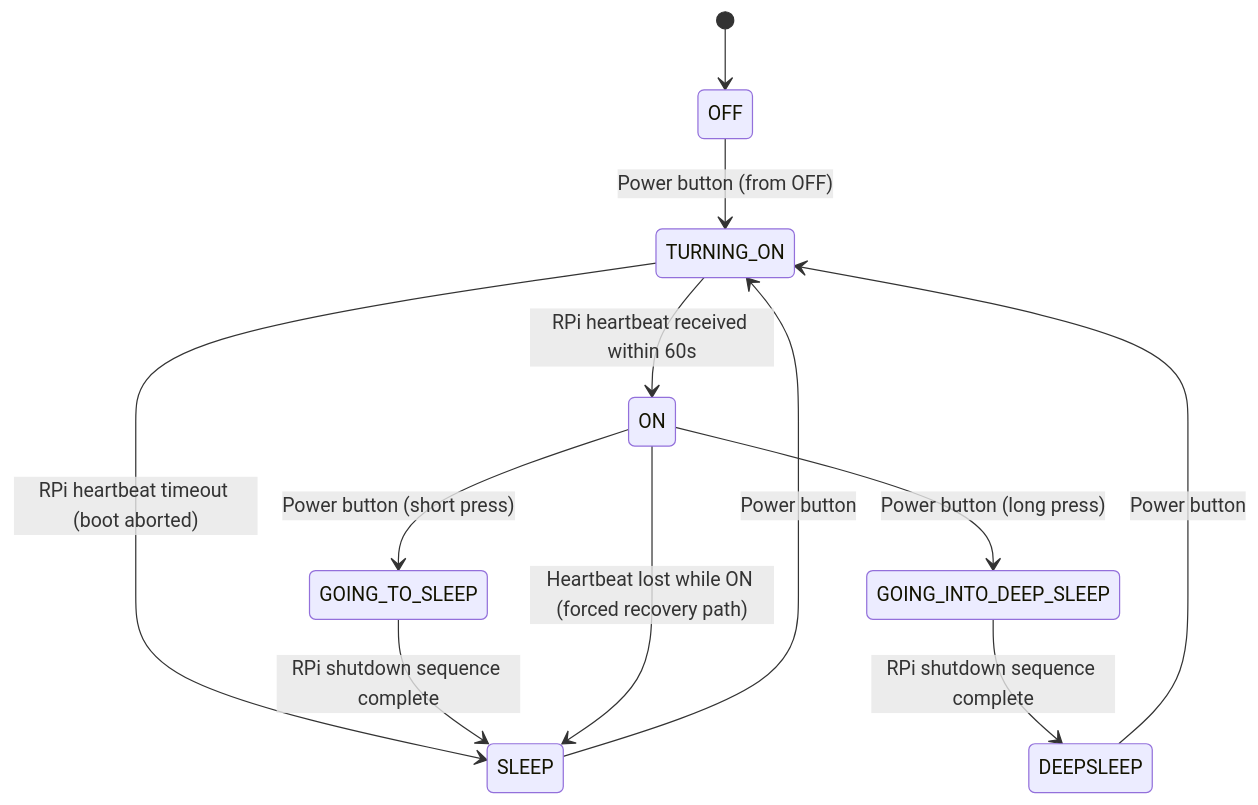
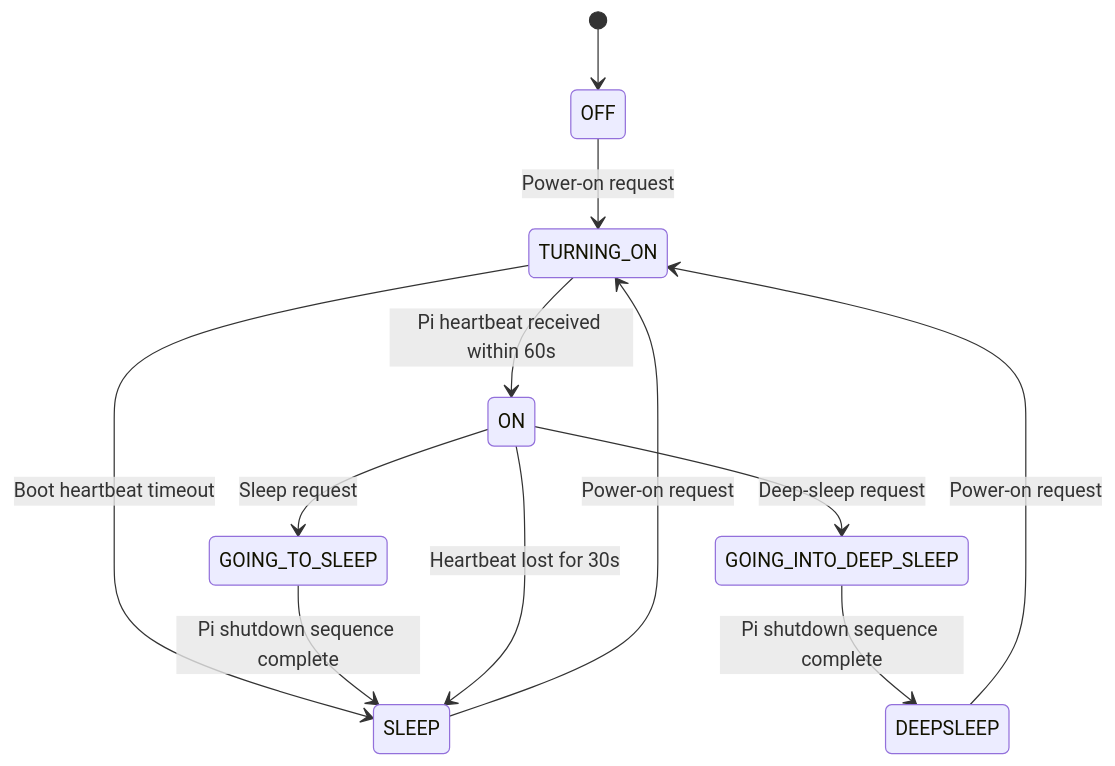
Before and after one commit to AnthonyLRoy/TinyControlBoard: the second of 2 diagrams in docs/01-system-architecture.md, drawn with Mermaid. The commit also changed other lines of this file and 15 other files, not shown here.

````diff
--- a/docs/01-system-architecture.md
+++ b/docs/01-system-architecture.md
@@ -204,14 +157,14 @@
 ```mermaid
 stateDiagram-v2
     [*] --> OFF
-    OFF --> TURNING_ON: Power button (from OFF)
-    TURNING_ON --> ON: RPi heartbeat received within 60s
-    TURNING_ON --> SLEEP: RPi heartbeat timeout (boot aborted)
-    ON --> GOING_TO_SLEEP: Power button (short press)
-    ON --> GOING_INTO_DEEP_SLEEP: Power button (long press)
-    GOING_TO_SLEEP --> SLEEP: RPi shutdown sequence complete
-    GOING_INTO_DEEP_SLEEP --> DEEPSLEEP: RPi shutdown sequence complete
-    SLEEP --> TURNING_ON: Power button
-    DEEPSLEEP --> TURNING_ON: Power button
-    ON --> SLEEP: Heartbeat lost while ON (forced recovery path)
+    OFF --> TURNING_ON: Power-on request
+    TURNING_ON --> ON: Pi heartbeat received within 60s
+    TURNING_ON --> SLEEP: Boot heartbeat timeout
+    ON --> GOING_TO_SLEEP: Sleep request
+    ON --> GOING_INTO_DEEP_SLEEP: Deep-sleep request
+    GOING_TO_SLEEP --> SLEEP: Pi shutdown sequence complete
+    GOING_INTO_DEEP_SLEEP --> DEEPSLEEP: Pi shutdown sequence complete
+    SLEEP --> TURNING_ON: Power-on request
+    DEEPSLEEP --> TURNING_ON: Power-on request
+    ON --> SLEEP: Heartbeat lost for 30s
 ```
````
